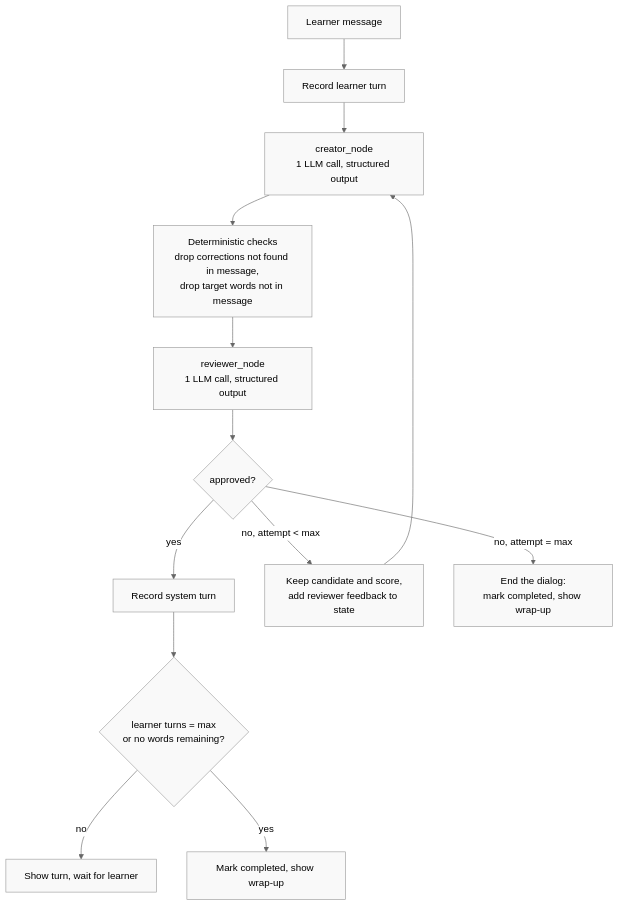
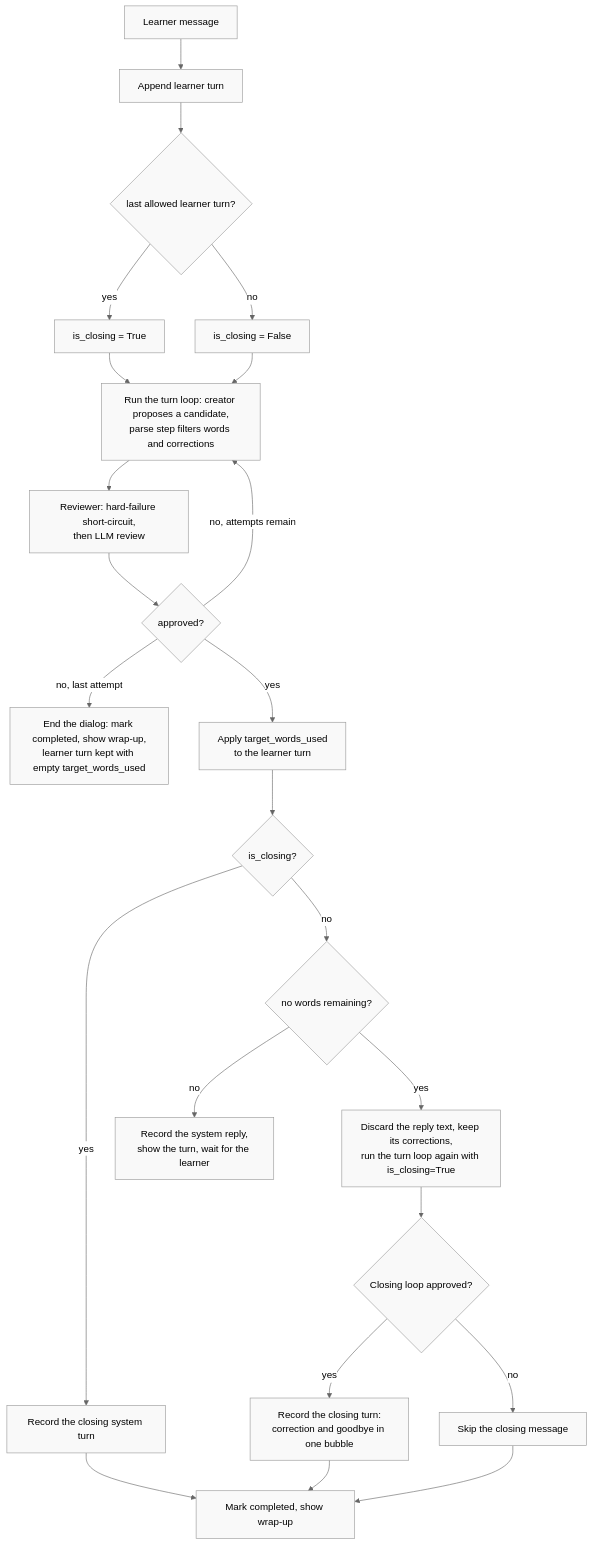
The second of 2 diagrams in specs/feat-dialog-practice-spec.md (mirceac72/language-learner-assistant), drawn with Mermaid (neutral theme) before and after one commit. The commit also changed other lines of this file and 2 other files, not shown here.

Commit message:
docs: correct target word tracking and the closing turn in the dialog practice spec

````diff
--- a/specs/feat-dialog-practice-spec.md
+++ b/specs/feat-dialog-practice-spec.md
@@ -144,28 +144,45 @@
 ```mermaid
 flowchart TD
-    A[Learner message] --> B[Record learner turn]
-    B --> C[creator_node<br>1 LLM call, structured output]
-    C --> D[Deterministic checks<br>drop corrections not found in message,<br>drop target words not in message]
-    D --> E[reviewer_node<br>1 LLM call, structured output]
-    E --> F{approved?}
-    F -->|yes| G[Record system turn]
-    F -->|no, attempt < max| H[Keep candidate and score,<br>add reviewer feedback to state]
-    H --> C
-    F -->|no, attempt = max| M[End the dialog:<br>mark completed, show wrap-up]
-    G --> J{learner turns = max<br>or no words remaining?}
-    J -->|no| K[Show turn, wait for learner]
-    J -->|yes| L[Mark completed, show wrap-up]
+    A[Learner message] --> B[Append learner turn]
+    B --> C{last allowed learner turn?}
+    C -->|yes| D[is_closing = True]
+    C -->|no| E[is_closing = False]
+    D --> F[Run the turn loop: creator proposes a candidate,<br/>parse step filters words and corrections]
+    E --> F
+    F --> G[Reviewer: hard-failure short-circuit,<br/>then LLM review]
+    G --> H{approved?}
+    H -->|no, attempts remain| F
+    H -->|no, last attempt| M[End the dialog: mark completed, show wrap-up,<br/>learner turn kept with empty target_words_used]
+    H -->|yes| I[Apply target_words_used<br/>to the learner turn]
+    I --> J{is_closing?}
+    J -->|yes| K[Record the closing system turn]
+    J -->|no| L{no words remaining?}
+    L -->|no| N[Record the system reply,<br/>show the turn, wait for the learner]
+    L -->|yes| O[Discard the reply text, keep its corrections,<br/>run the turn loop again with is_closing=True]
+    O --> P{Closing loop approved?}
+    P -->|yes| Q[Record the closing turn:<br/>correction and goodbye in one bubble]
+    P -->|no| R[Skip the closing message]
+    K --> S[Mark completed, show wrap-up]
+    Q --> S
+    R --> S
 
     style A fill:#f9f9f9
     style B fill:#f9f9f9
     style C fill:#f9f9f9
     style D fill:#f9f9f9
     style E fill:#f9f9f9
     style F fill:#f9f9f9
     style G fill:#f9f9f9
     style H fill:#f9f9f9
+    style I fill:#f9f9f9
     style J fill:#f9f9f9
     style K fill:#f9f9f9
     style L fill:#f9f9f9
     style M fill:#f9f9f9
+    style N fill:#f9f9f9
+    style O fill:#f9f9f9
+    style P fill:#f9f9f9
+    style Q fill:#f9f9f9
+    style R fill:#f9f9f9
+    style S fill:#f9f9f9
 ```
````
